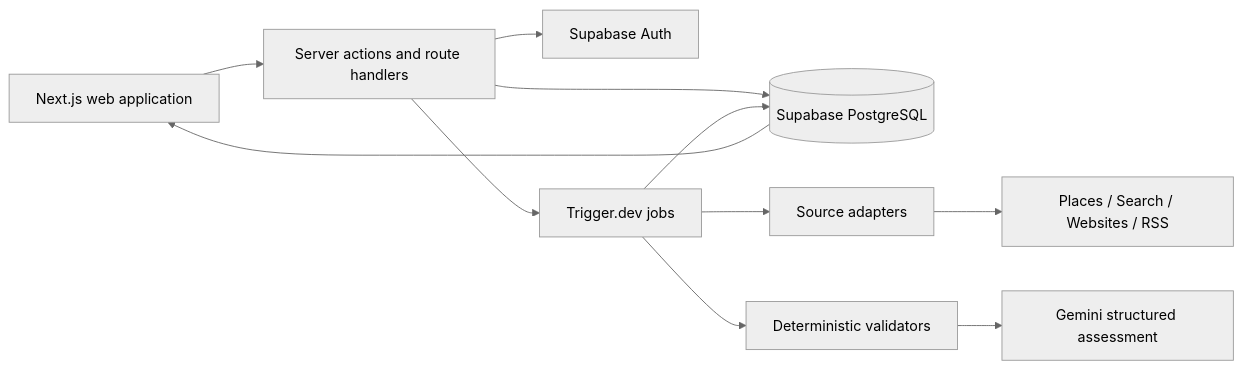
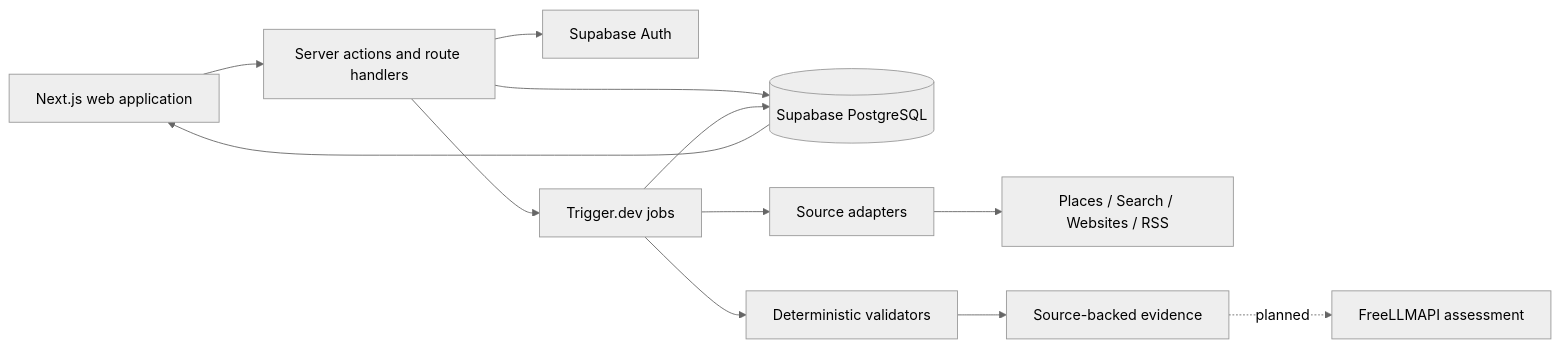
The third of 3 diagrams in README.md (masiwalrachit/LeadGen_AP_2026), drawn with Mermaid (neutral theme) before and after one commit. The commit also changed other lines of this file and 15 other files, not shown here.

````diff
--- a/README.md
+++ b/README.md
@@ -233,13 +248,14 @@
 ```mermaid
 flowchart LR
     UI[Next.js web application] --> API[Server actions and route handlers]
     API --> DB[(Supabase PostgreSQL)]
     API --> AUTH[Supabase Auth]
     API --> JOBS[Trigger.dev jobs]
     JOBS --> CONNECTORS[Source adapters]
     CONNECTORS --> SOURCES[Places / Search / Websites / RSS]
     JOBS --> VALIDATORS[Deterministic validators]
-    VALIDATORS --> LLM[Gemini structured assessment]
+    VALIDATORS --> EVIDENCE[Source-backed evidence]
+    EVIDENCE -. planned .-> LLM[FreeLLMAPI assessment]
     JOBS --> DB
     DB --> UI
 ```
````
